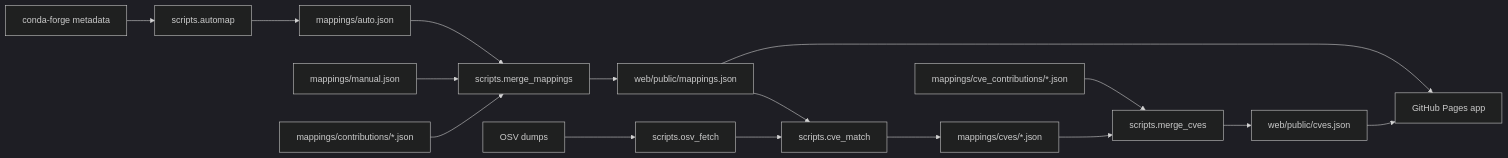
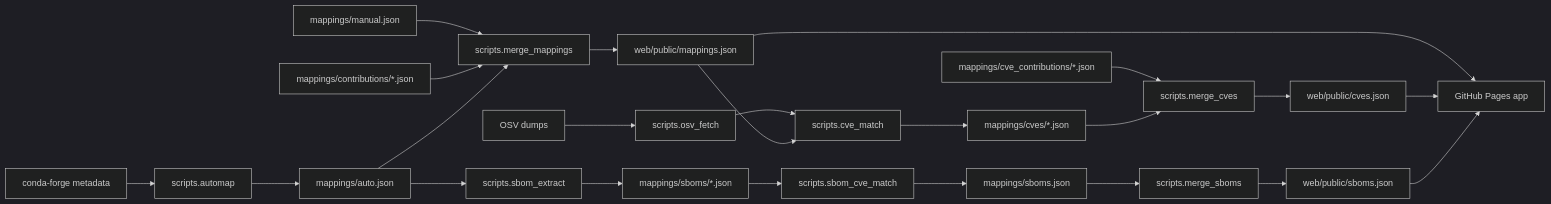
Before and after one commit to prefix-dev/purl-associator: the first of 8 diagrams in README.md, drawn with Mermaid (dark theme). The commit also changed other lines of this file and 41 other files, not shown here.

````diff
--- a/README.md
+++ b/README.md
@@ -19,20 +20,28 @@
 ```mermaid
 flowchart LR
   CF[conda-forge metadata] --> Automap[scripts.automap]
   Automap --> Auto[mappings/auto.json]
   Manual[mappings/manual.json] --> MergeMappings[scripts.merge_mappings]
   PurlContrib[mappings/contributions/*.json] --> MergeMappings
   Auto --> MergeMappings
   MergeMappings --> Mappings[web/public/mappings.json]
 
   OSV[OSV dumps] --> Fetch[scripts.osv_fetch]
   Fetch --> Match[scripts.cve_match]
   Mappings --> Match
   Match --> PackageCves[mappings/cves/*.json]
   VexContrib[mappings/cve_contributions/*.json] --> MergeCves[scripts.merge_cves]
   PackageCves --> MergeCves
   MergeCves --> Cves[web/public/cves.json]
 
+  Auto --> SbomExtract[scripts.sbom_extract]
+  SbomExtract --> Sboms[mappings/sboms/*.json]
+  Sboms --> SbomCves[scripts.sbom_cve_match]
+  SbomCves --> SbomIndex[mappings/sboms.json]
+  SbomIndex --> MergeSboms[scripts.merge_sboms]
+  MergeSboms --> PublicSboms[web/public/sboms.json]
+
   Mappings --> Web[GitHub Pages app]
   Cves --> Web
+  PublicSboms --> Web
 ```
````
